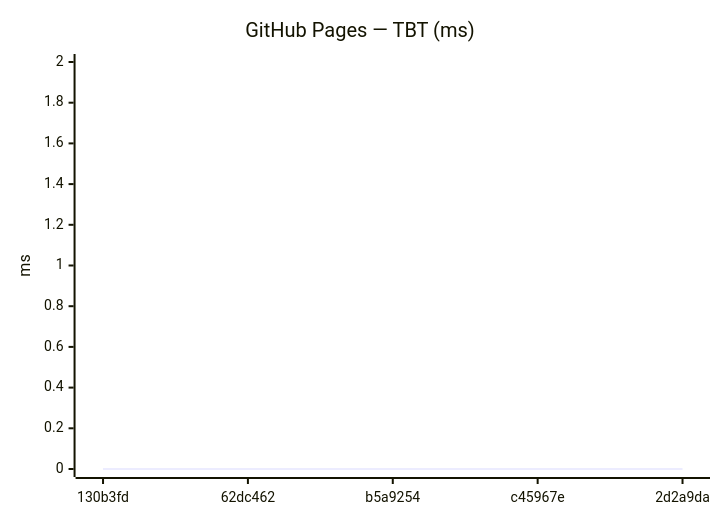
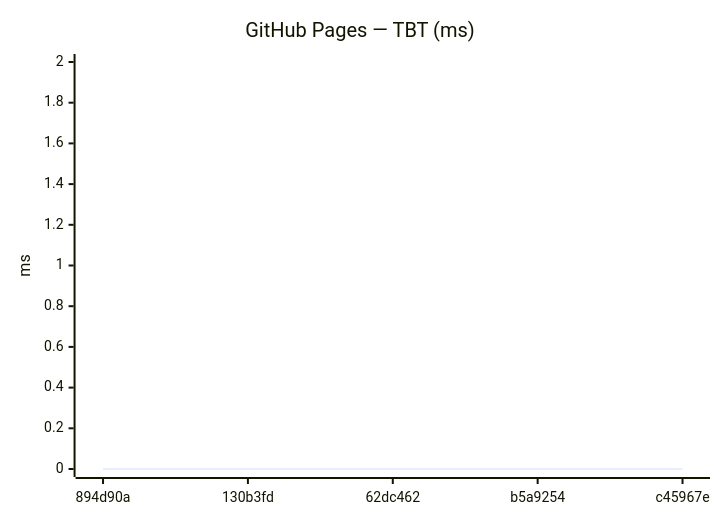
One commit to Metaheurist/Rianell changed the tenth of 18 diagrams in benchmarks/compare.md. Above: the diagram before and after it, drawn with Mermaid. The commit also changed other lines of this file and 11 other files, not shown here.

````diff
--- a/benchmarks/compare.md
+++ b/benchmarks/compare.md
@@ -149,7 +149,7 @@
 ```mermaid
 xychart-beta
     title "GitHub Pages — TBT (ms)"
-    x-axis ["130b3fd", "62dc462", "b5a9254", "c45967e", "2d2a9da"]
+    x-axis ["894d90a", "130b3fd", "62dc462", "b5a9254", "c45967e"]
     y-axis "ms" 0 --> 2
     line [0, 0, 0, 0, 0]
 ```
````
